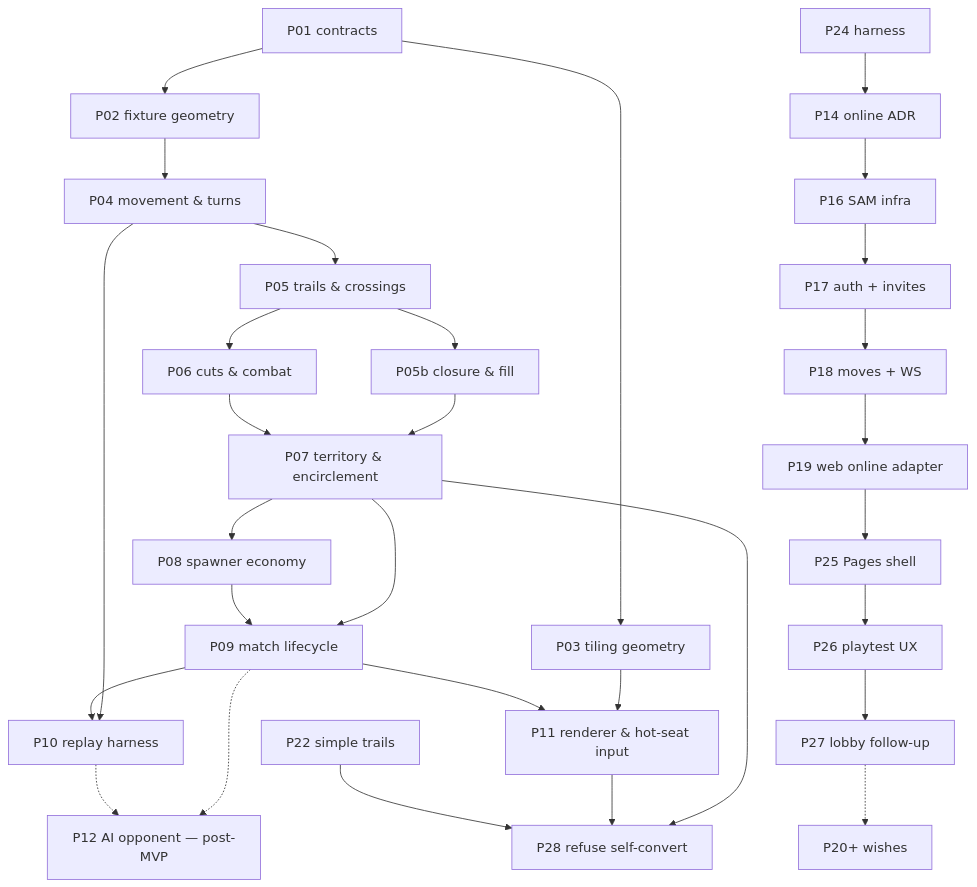
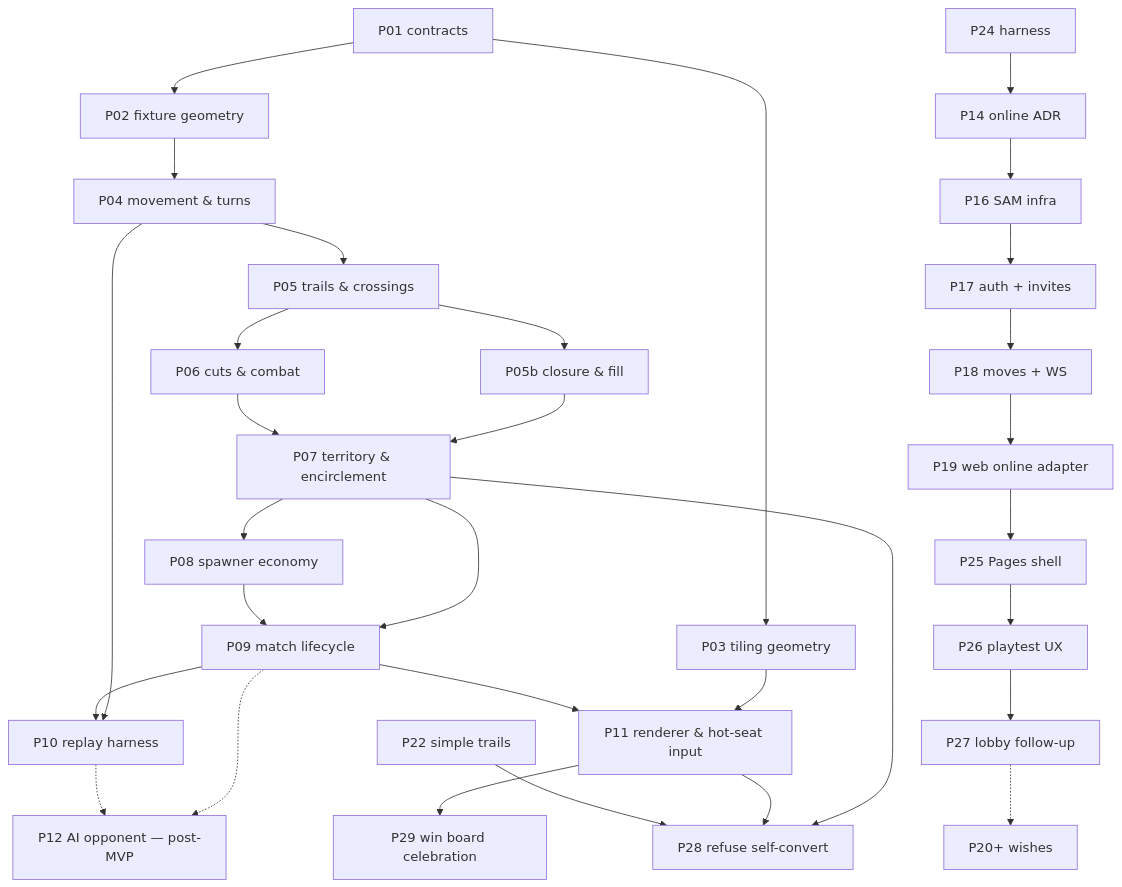
Before and after one commit to hochgi/arrows_conqueror: the diagram in docs/design/02-work-packets.md, drawn with Mermaid. The commit also changed other lines of this file and 14 other files, not shown here.

````diff
--- a/docs/design/02-work-packets.md
+++ b/docs/design/02-work-packets.md
@@ -64,32 +65,33 @@
 ```mermaid
 flowchart TD
   P01["P01 contracts"] --> P02["P02 fixture geometry"]
   P01 --> P03["P03 tiling geometry"]
   P02 --> P04["P04 movement & turns"]
   P04 --> P05["P05 trails & crossings"]
   P05 --> P05B["P05b closure & fill"]
   P05 --> P06["P06 cuts & combat"]
   P05B --> P07["P07 territory & encirclement"]
   P06 --> P07
   P07 --> P08["P08 spawner economy"]
   P07 --> P09["P09 match lifecycle"]
   P08 --> P09
   P04 --> P10["P10 replay harness"]
   P09 --> P10
   P03 --> P11["P11 renderer & hot-seat input"]
   P09 --> P11
   P09 -.-> P12["P12 AI opponent — post-MVP"]
   P10 -.-> P12
   P24["P24 harness"] --> P14["P14 online ADR"]
   P14 --> P16["P16 SAM infra"]
   P16 --> P17["P17 auth + invites"]
   P17 --> P18["P18 moves + WS"]
   P18 --> P19["P19 web online adapter"]
   P19 --> P25["P25 Pages shell"]
   P25 --> P26["P26 playtest UX"]
   P26 --> P27["P27 lobby follow-up"]
   P27 -.-> P20["P20+ wishes"]
   P07 --> P28["P28 refuse self-convert"]
   P11 --> P28
   P22["P22 simple trails"] --> P28
+  P11 --> P29["P29 win board celebration"]
 ```
````
